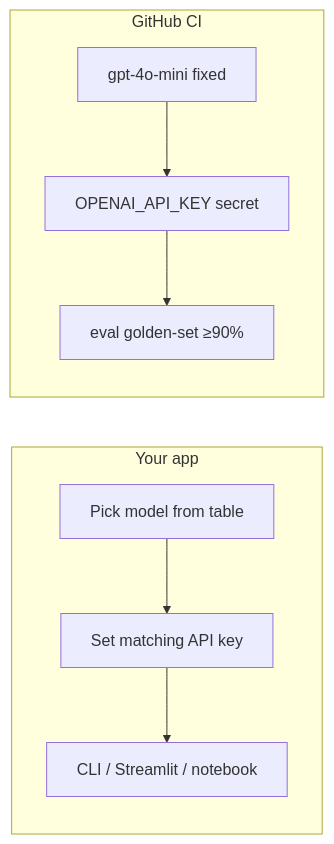
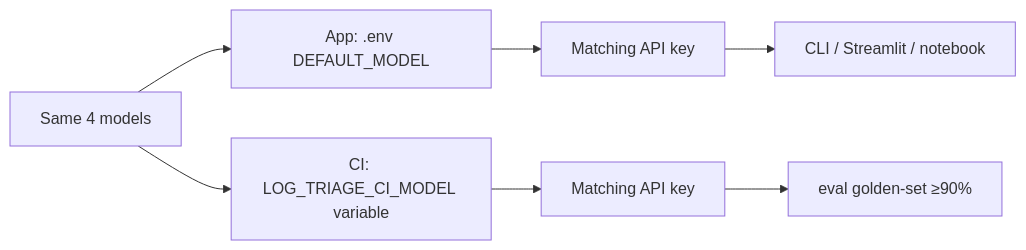
Before and after one commit to KhwajaMKhan/llm-log-triage: the diagram in README.md, drawn with Mermaid. The commit also changed other lines of this file and 5 other files, not shown here.

First line of the commit message:
CI uses same 4-model picker as app via LOG_TRIAGE_CI_MODEL.

````diff
--- a/README.md
+++ b/README.md
@@ -44,11 +50,9 @@
 ```mermaid
 flowchart LR
-  subgraph app [Your app]
-    Pick[Pick model from table] --> Key[Set matching API key]
-    Key --> Run[CLI / Streamlit / notebook]
-  end
-  subgraph ci [GitHub CI]
-    Fixed[gpt-4o-mini fixed] --> OpenAI[OPENAI_API_KEY secret]
-    OpenAI --> Gate[eval golden-set ≥90%]
-  end
+  Four[Same 4 models] --> App[App: .env DEFAULT_MODEL]
+  Four --> CI[CI: LOG_TRIAGE_CI_MODEL variable]
+  App --> Key1[Matching API key]
+  CI --> Key2[Matching API key]
+  Key1 --> Run[CLI / Streamlit / notebook]
+  Key2 --> Gate[eval golden-set ≥90%]
 ```
````
